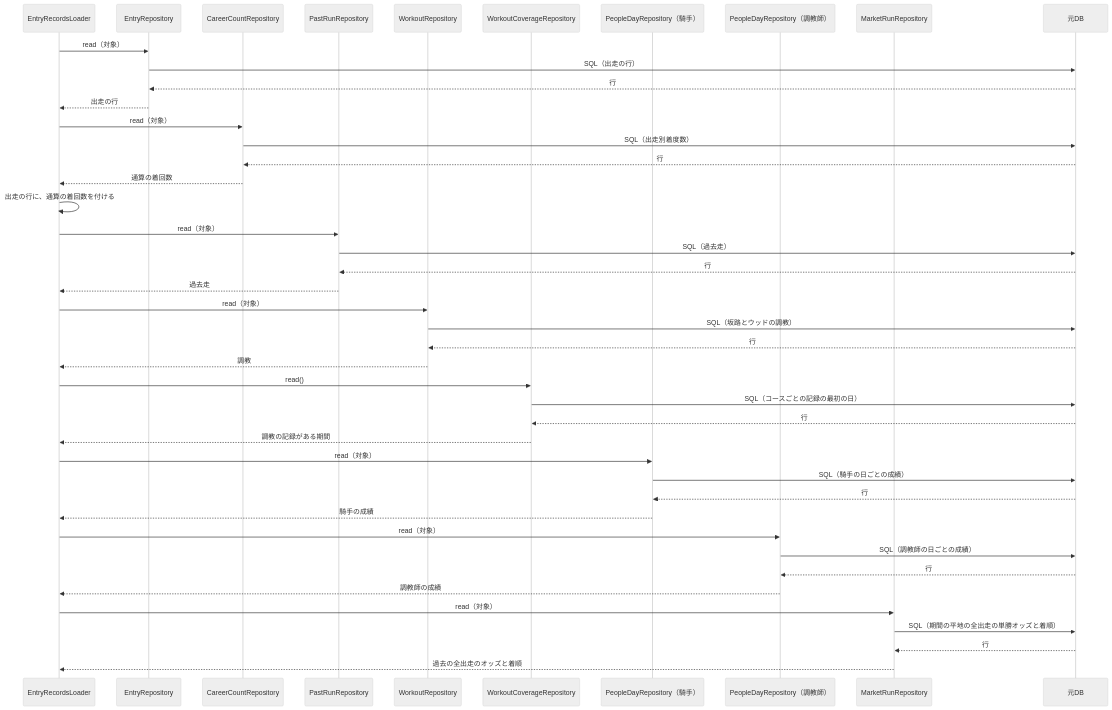
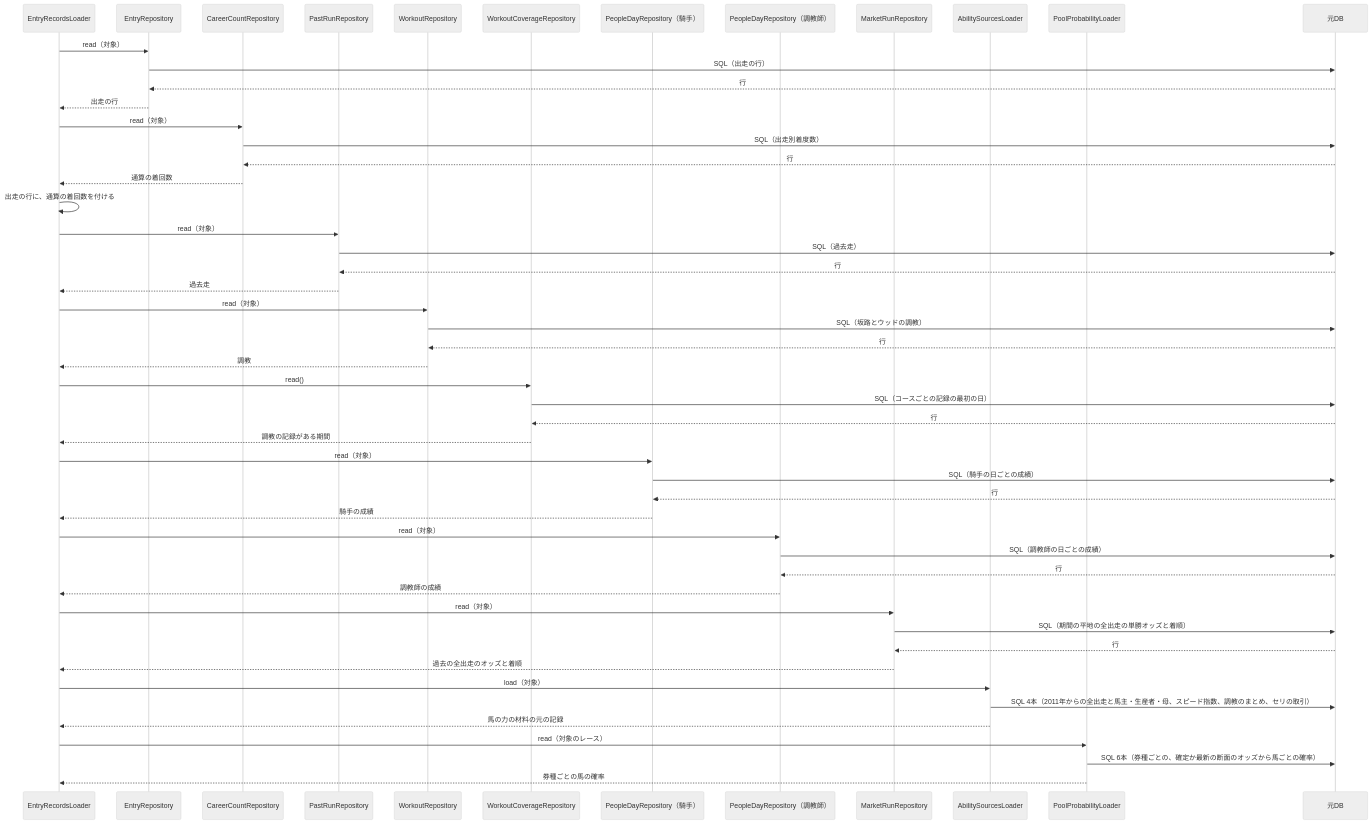
Before and after one commit to ht-0328/keiba-yosou: the third of 4 diagrams in docs/design/近走と適性から3着以内を予想/05-sequence.md, drawn with Mermaid (neutral theme). The commit also changed other lines of this file and 11 other files, not shown here.

````diff
--- a/docs/design/近走と適性から3着以内を予想/05-sequence.md
+++ b/docs/design/近走と適性から3着以内を予想/05-sequence.md
@@ -138,46 +143,54 @@
 ```mermaid
 sequenceDiagram
     participant L as EntryRecordsLoader
     participant R1 as EntryRepository
     participant R2 as CareerCountRepository
     participant R3 as PastRunRepository
     participant R4 as WorkoutRepository
     participant R4b as WorkoutCoverageRepository
     participant R5 as PeopleDayRepository（騎手）
     participant R6 as PeopleDayRepository（調教師）
     participant R7 as MarketRunRepository
+    participant R8 as AbilitySourcesLoader
+    participant R9 as PoolProbabilityLoader
     participant DB as 元DB
     L->>R1: read（対象）
     R1->>DB: SQL（出走の行）
     DB-->>R1: 行
     R1-->>L: 出走の行
     L->>R2: read（対象）
     R2->>DB: SQL（出走別着度数）
     DB-->>R2: 行
     R2-->>L: 通算の着回数
     L->>L: 出走の行に、通算の着回数を付ける
     L->>R3: read（対象）
     R3->>DB: SQL（過去走）
     DB-->>R3: 行
     R3-->>L: 過去走
     L->>R4: read（対象）
     R4->>DB: SQL（坂路とウッドの調教）
     DB-->>R4: 行
     R4-->>L: 調教
     L->>R4b: read()
     R4b->>DB: SQL（コースごとの記録の最初の日）
     DB-->>R4b: 行
     R4b-->>L: 調教の記録がある期間
     L->>R5: read（対象）
     R5->>DB: SQL（騎手の日ごとの成績）
     DB-->>R5: 行
     R5-->>L: 騎手の成績
     L->>R6: read（対象）
     R6->>DB: SQL（調教師の日ごとの成績）
     DB-->>R6: 行
     R6-->>L: 調教師の成績
     L->>R7: read（対象）
     R7->>DB: SQL（期間の平地の全出走の単勝オッズと着順）
     DB-->>R7: 行
     R7-->>L: 過去の全出走のオッズと着順
+    L->>R8: load（対象）
+    R8->>DB: SQL 4本（2011年からの全出走と馬主・生産者・母、スピード指数、調教のまとめ、セリの取引）
+    R8-->>L: 馬の力の材料の元の記録
+    L->>R9: read（対象のレース）
+    R9->>DB: SQL 6本（券種ごとの、確定か最新の断面のオッズから馬ごとの確率）
+    R9-->>L: 券種ごとの馬の確率
 ```
````
